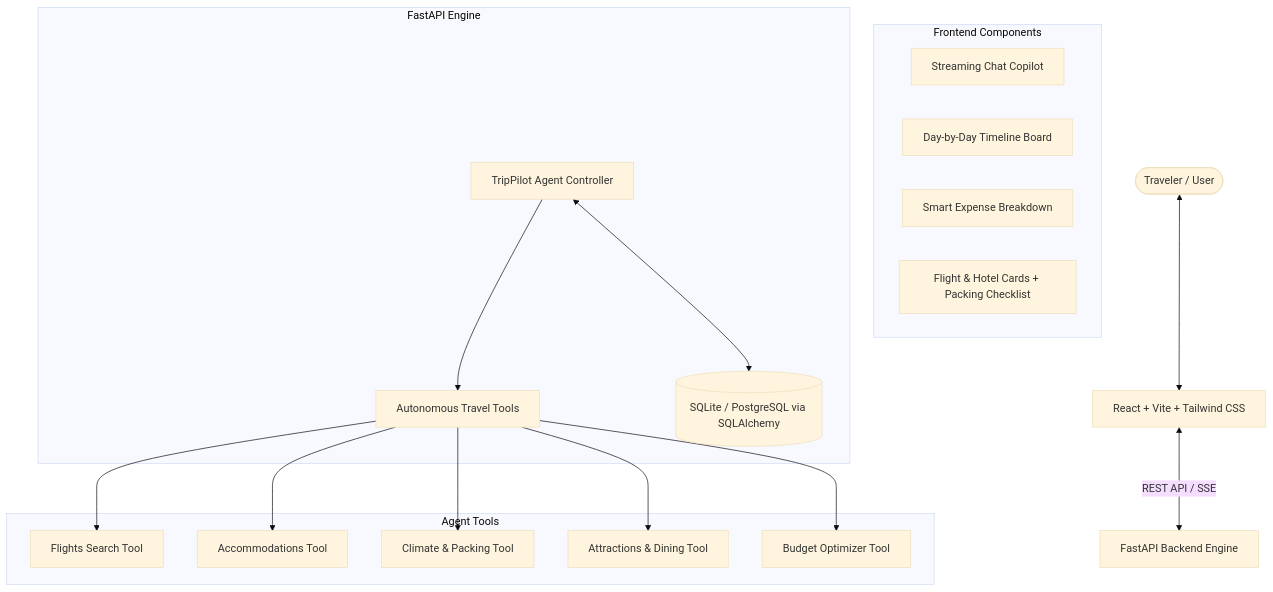
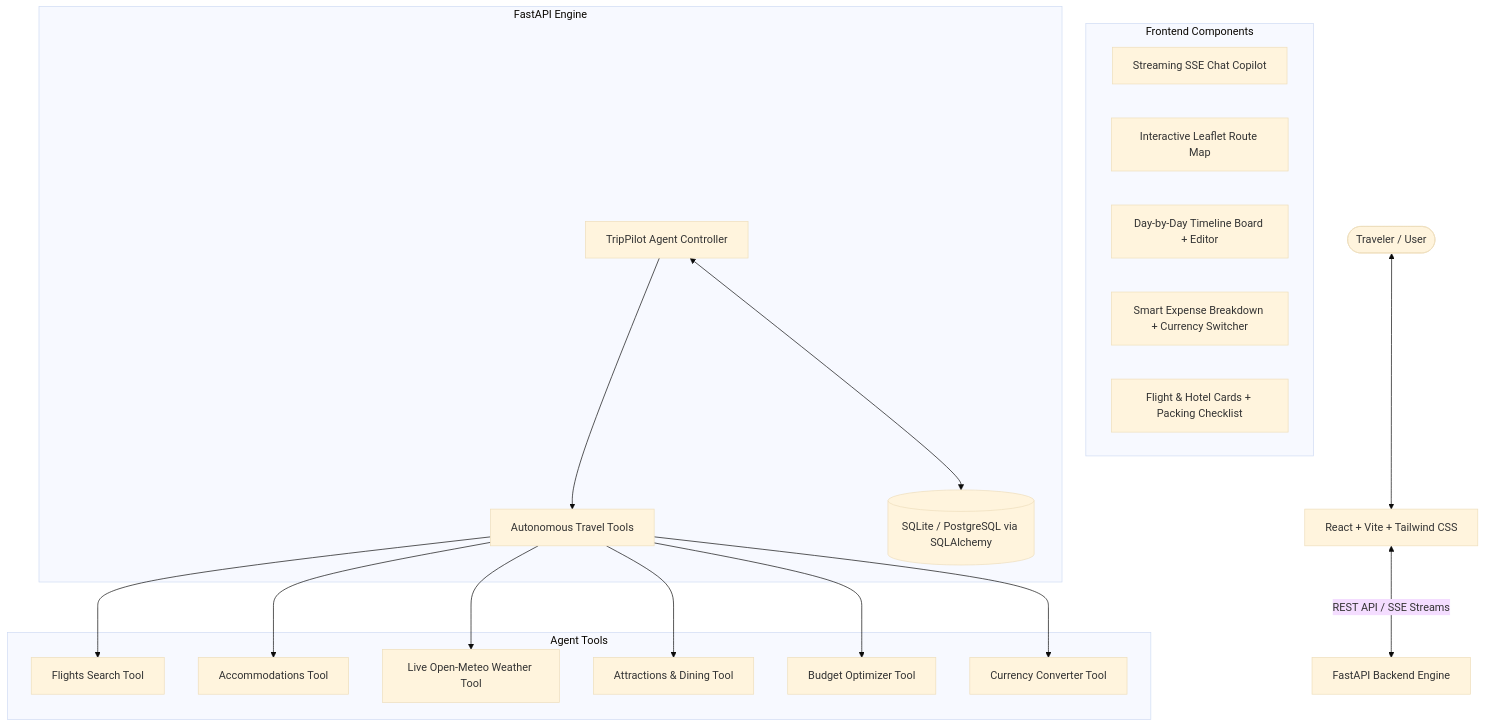
Before and after one commit to UNNI-gif/TripPilot-Agent: the diagram in README.md, drawn with Mermaid (base theme). The commit also changed other lines of this file, not shown here.

Commit message:
docs: document live weather, interactive map, SSE streaming, multi-currency, and CI/CD

````diff
--- a/README.md
+++ b/README.md
@@ -24,35 +29,38 @@
 ```mermaid
 flowchart TD
     User([Traveler / User]) <--> Frontend[React + Vite + Tailwind CSS]
     
     subgraph Frontend_UI [Frontend Components]
-        ChatCopilot[Streaming Chat Copilot]
-        ItineraryView[Day-by-Day Timeline Board]
-        BudgetForecast[Smart Expense Breakdown]
+        ChatCopilot[Streaming SSE Chat Copilot]
+        MapView[Interactive Leaflet Route Map]
+        ItineraryView[Day-by-Day Timeline Board + Editor]
+        BudgetForecast[Smart Expense Breakdown + Currency Switcher]
         TripOverview[Flight & Hotel Cards + Packing Checklist]
     end
     
-    Frontend <--> |REST API / SSE| Backend[FastAPI Backend Engine]
+    Frontend <--> |REST API / SSE Streams| Backend[FastAPI Backend Engine]
     
     subgraph Backend_Engine [FastAPI Engine]
         Agent[TripPilot Agent Controller]
         Tools[Autonomous Travel Tools]
         DB[(SQLite / PostgreSQL via SQLAlchemy)]
     end
     
     subgraph ToolSuite [Agent Tools]
         FlightsTool[Flights Search Tool]
         HotelsTool[Accommodations Tool]
-        WeatherTool[Climate & Packing Tool]
+        WeatherTool[Live Open-Meteo Weather Tool]
         PlacesTool[Attractions & Dining Tool]
         BudgetTool[Budget Optimizer Tool]
+        CurrencyTool[Currency Converter Tool]
     end
     
     Agent --> Tools
     Tools --> FlightsTool
     Tools --> HotelsTool
     Tools --> WeatherTool
     Tools --> PlacesTool
     Tools --> BudgetTool
+    Tools --> CurrencyTool
     Agent <--> DB
 ```
````
